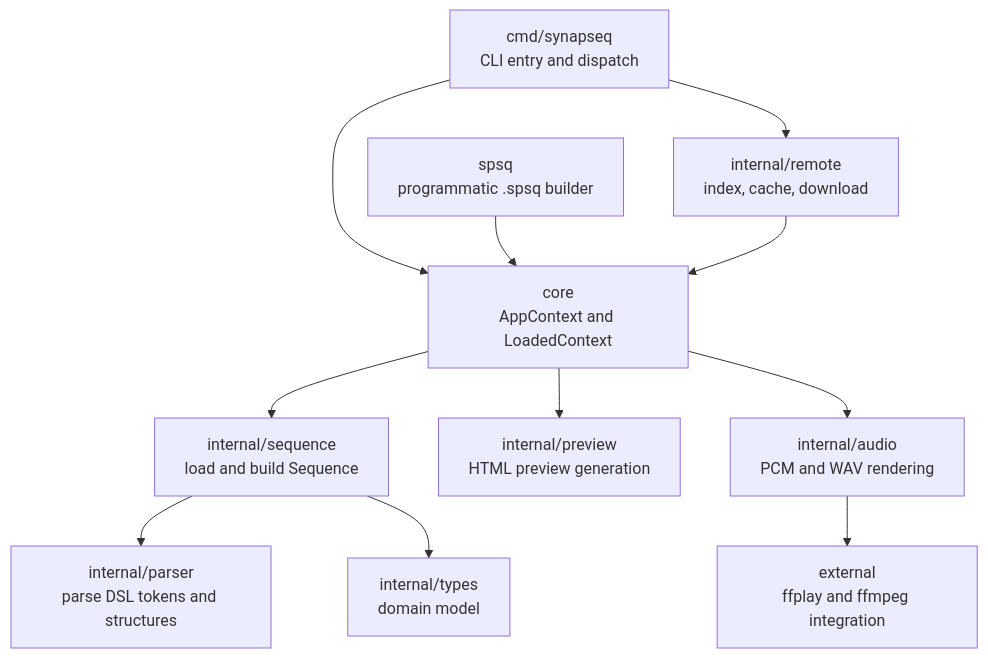
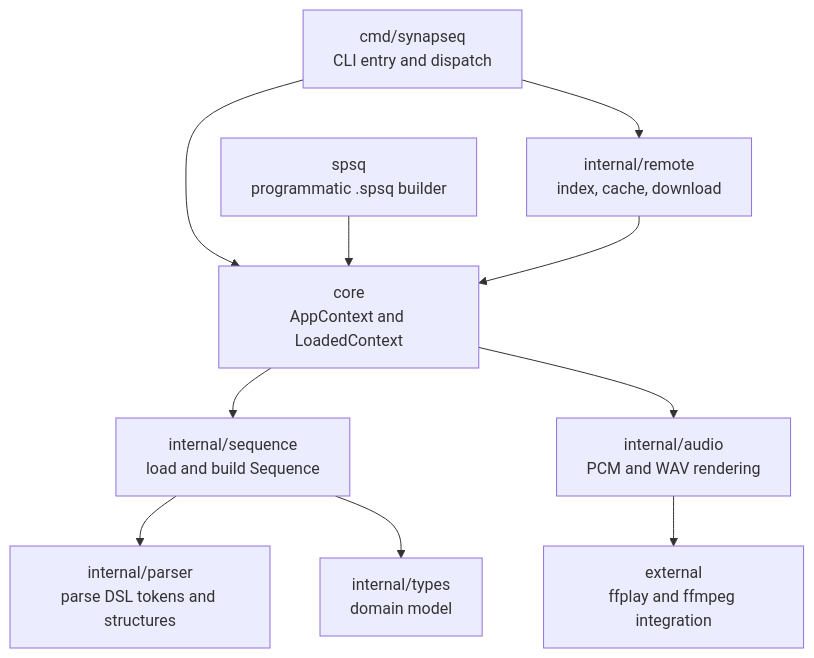
One commit to synapseq-foundation/synapseq changed the first of 5 diagrams in docs/ARCHITECTURE.md. Above: the diagram before and after it, drawn with Mermaid. The commit also changed other lines of this file and 35 other files, not shown here.

````diff
--- a/docs/ARCHITECTURE.md
+++ b/docs/ARCHITECTURE.md
@@ -33,13 +32,12 @@
 ```mermaid
 flowchart TD
 	CLI[cmd/synapseq\nCLI entry and dispatch] --> Core[core\nAppContext and LoadedContext]
 	SPSQ[spsq\nprogrammatic .spsq builder] --> Core
 	Core --> Seq[internal/sequence\nload and build Sequence]
 	Seq --> Parser[internal/parser\nparse DSL tokens and structures]
 	Seq --> Types[internal/types\ndomain model]
-	Core --> Preview[internal/preview\nHTML preview generation]
 	Core --> Audio[internal/audio\nPCM and WAV rendering]
 	Audio --> External[external\nffplay and ffmpeg integration]
 	CLI --> Remote[internal/remote\nindex, cache, download]
 	Remote --> Core
 ```
````
